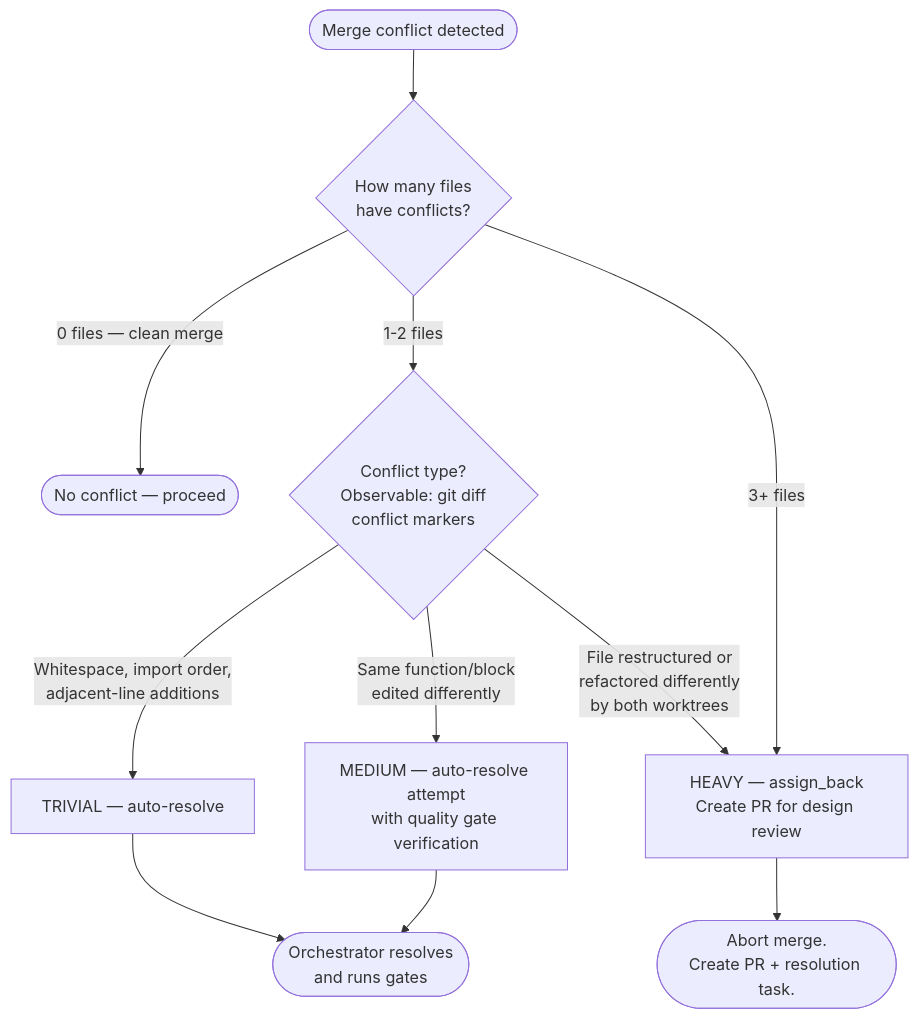
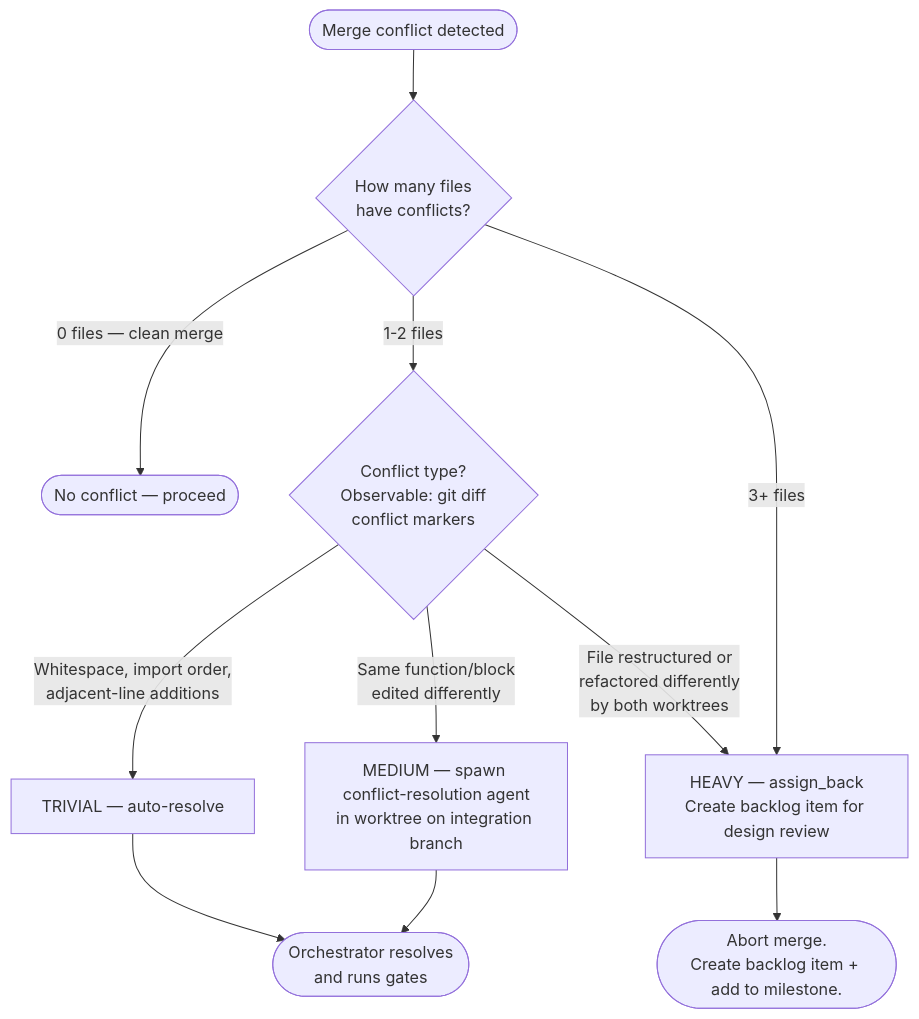
The second of 2 diagrams in plugins/development-harness/skills/work-milestone/references/merge-queue-protocol.md (chgreer1070/claude_skills), drawn with Mermaid before and after one commit. The commit also changed other lines of this file and 15 other files, not shown here.

First line of the commit message:
feat(work-milestone): redesign from TeamCreate to worktree agent dispatch

````diff
--- a/plugins/development-harness/skills/work-milestone/references/merge-queue-protocol.md
+++ b/plugins/development-harness/skills/work-milestone/references/merge-queue-protocol.md
@@ -49,18 +54,18 @@
 ```mermaid
 flowchart TD
     Conflict(["Merge conflict detected"]) --> Count{"How many files<br>have conflicts?"}
 
     Count -->|"0 files — clean merge"| Clean(["No conflict — proceed"])
 
     Count -->|"1-2 files"| Severity{"Conflict type?<br>Observable: git diff<br>conflict markers"}
 
     Severity -->|"Whitespace, import order,<br>adjacent-line additions"| Trivial["TRIVIAL — auto-resolve"]
-    Severity -->|"Same function/block<br>edited differently"| Medium["MEDIUM — auto-resolve attempt<br>with quality gate verification"]
-    Severity -->|"File restructured or<br>refactored differently<br>by both worktrees"| Heavy["HEAVY — assign_back<br>Create PR for design review"]
+    Severity -->|"Same function/block<br>edited differently"| Medium["MEDIUM — spawn conflict-resolution agent<br>in worktree on integration branch"]
+    Severity -->|"File restructured or<br>refactored differently<br>by both worktrees"| Heavy["HEAVY — assign_back<br>Create backlog item for design review"]
 
     Count -->|"3+ files"| Heavy
 
     Trivial --> AutoResolve(["Orchestrator resolves<br>and runs gates"])
     Medium --> AutoResolve
-    Heavy --> PR(["Abort merge.<br>Create PR + resolution task."])
+    Heavy --> BacklogItem(["Abort merge.<br>Create backlog item + add to milestone."])
 ```
````
